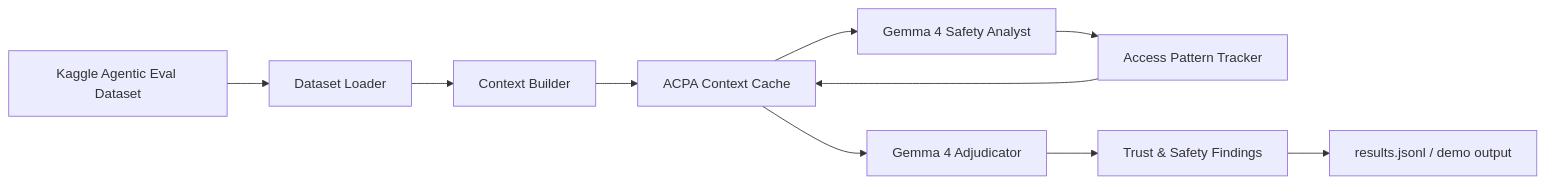
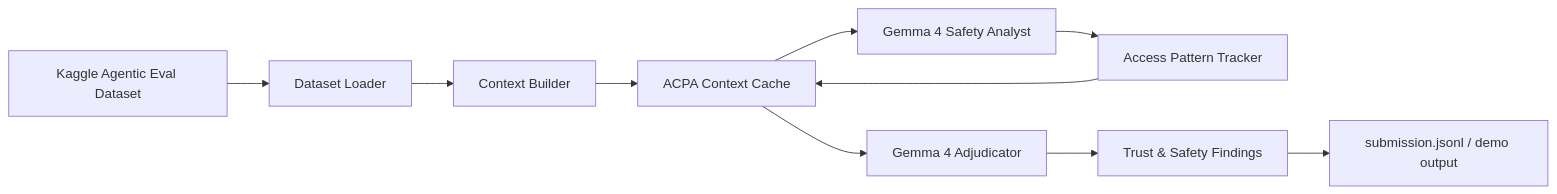
One commit to joyjeni/context-pruning changed the diagram in README.md. Above: the diagram before and after it, drawn with Mermaid. The commit also changed other lines of this file and 13 other files, not shown here.

````diff
--- a/README.md
+++ b/README.md
@@ -26,12 +24,12 @@
 ```mermaid
 flowchart LR
     A[Kaggle Agentic Eval Dataset] --> B[Dataset Loader]
     B --> C[Context Builder]
     C --> D[ACPA Context Cache]
     D --> E[Gemma 4 Safety Analyst]
     E --> F[Access Pattern Tracker]
     F --> D
     D --> G[Gemma 4 Adjudicator]
     G --> H[Trust & Safety Findings]
-    H --> I[results.jsonl / demo output]
+    H --> I[submission.jsonl / demo output]
 ```
````
